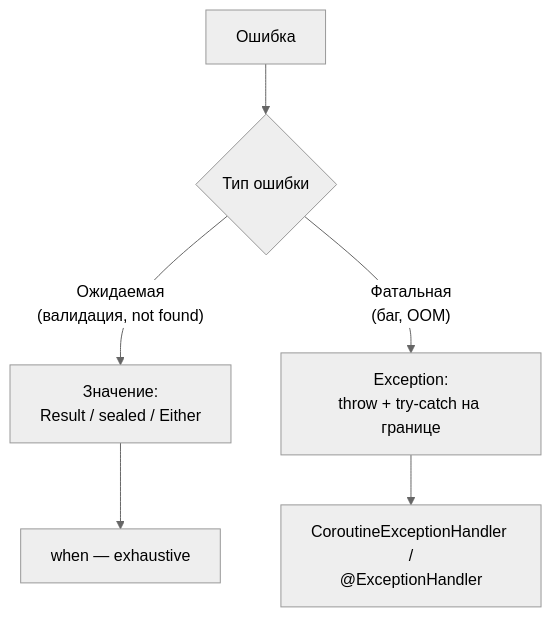
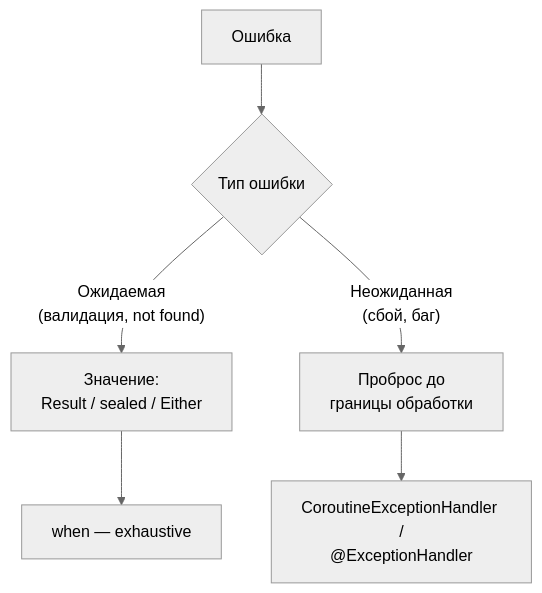
Before and after one commit to akeverus/cheat-sheet: the sixth of 6 diagrams in cheatsheets/interview/programming-languages/kotlin/kotlin-exceptions-interview.md, drawn with Mermaid (neutral theme). The commit also changed other lines of this file and 154 other files, not shown here.

````diff
--- a/cheatsheets/interview/programming-languages/kotlin/kotlin-exceptions-interview.md
+++ b/cheatsheets/interview/programming-languages/kotlin/kotlin-exceptions-interview.md
@@ -945,8 +956,8 @@
 ```mermaid
 graph TD
     A["Ошибка"] --> B{Тип ошибки}
     B -- "Ожидаемая<br>(валидация, not found)" --> C["Значение:<br>Result / sealed / Either"]
-    B -- "Фатальная<br>(баг, OOM)" --> D["Exception:<br>throw + try-catch на границе"]
+    B -- "Неожиданная<br>(сбой, баг)" --> D["Проброс до<br>границы обработки"]
     C --> E["when — exhaustive"]
     D --> F["CoroutineExceptionHandler /<br>@ExceptionHandler"]
 ```
````
